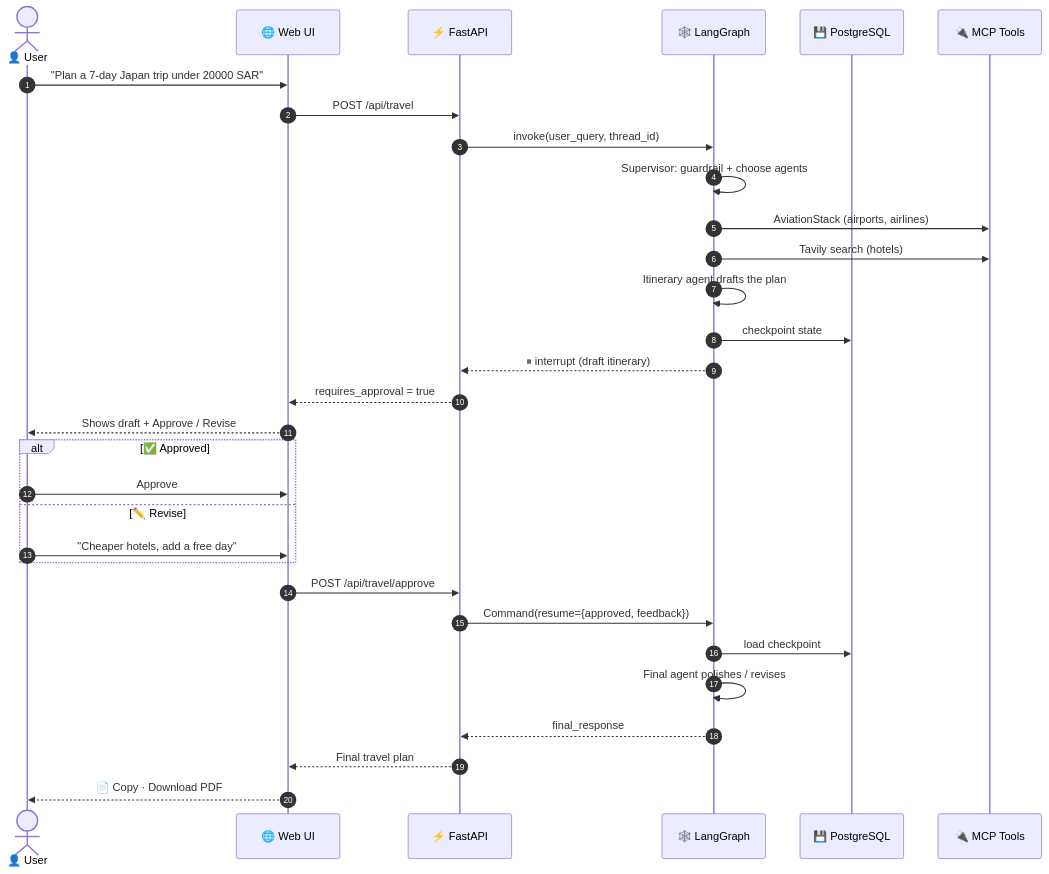
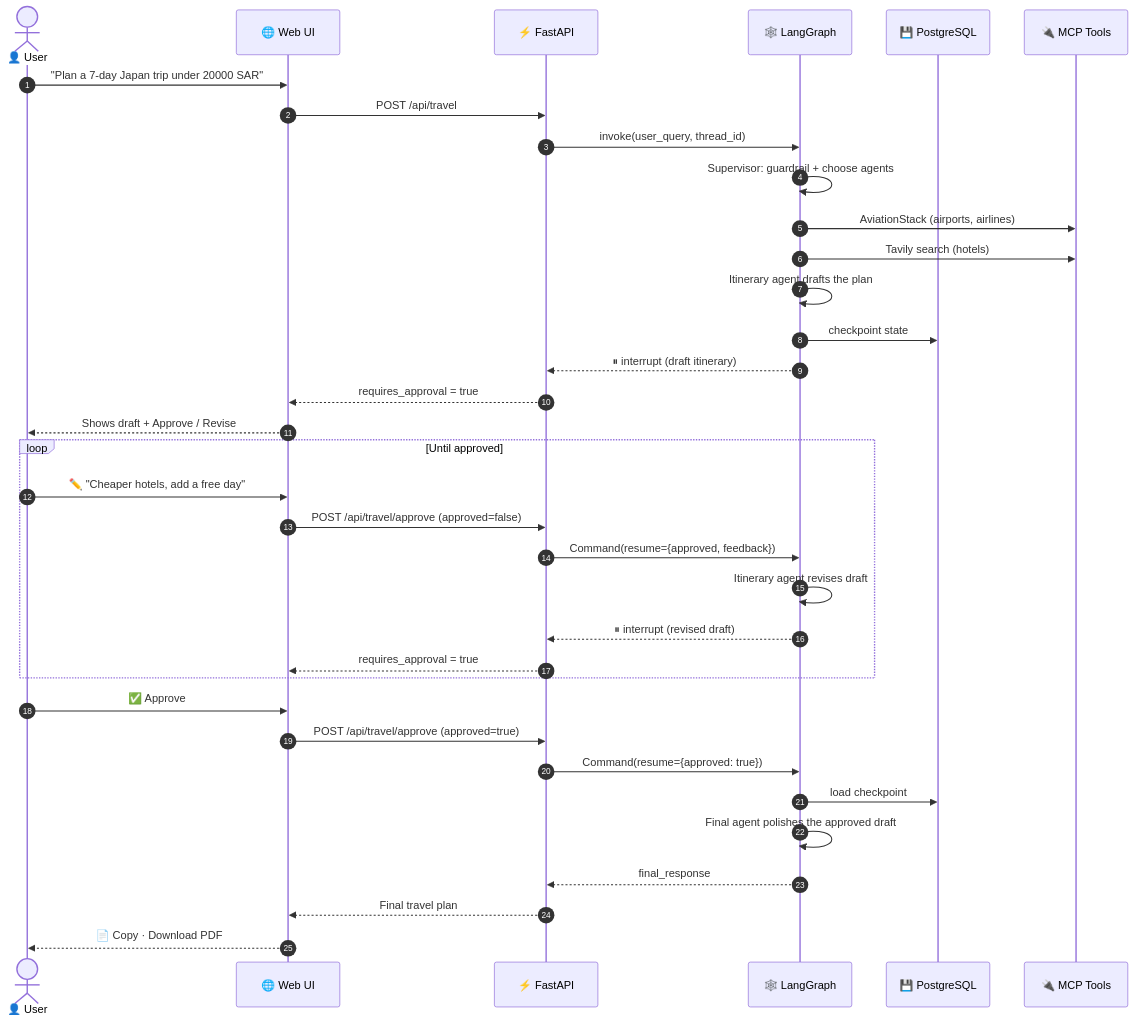
One commit to MuteebMMN/TripeMate-MultiAgent changed the second of 3 diagrams in README.md. Above: the diagram before and after it, drawn with Mermaid. The commit also changed other lines of this file and 3 other files, not shown here.

````diff
--- a/README.md
+++ b/README.md
@@ -103,35 +104,39 @@
 ```mermaid
 sequenceDiagram
     autonumber
     actor U as 👤 User
     participant UI as 🌐 Web UI
     participant API as ⚡ FastAPI
     participant G as 🕸️ LangGraph
     participant DB as 💾 PostgreSQL
     participant MCP as 🔌 MCP Tools
 
     U->>UI: "Plan a 7-day Japan trip under 20000 SAR"
     UI->>API: POST /api/travel
     API->>G: invoke(user_query, thread_id)
     G->>G: Supervisor: guardrail + choose agents
     G->>MCP: AviationStack (airports, airlines)
     G->>MCP: Tavily search (hotels)
     G->>G: Itinerary agent drafts the plan
     G->>DB: checkpoint state
     G-->>API: ⏸ interrupt (draft itinerary)
     API-->>UI: requires_approval = true
     UI-->>U: Shows draft + Approve / Revise
 
-    alt ✅ Approved
-        U->>UI: Approve
-    else ✏️ Revise
-        U->>UI: "Cheaper hotels, add a free day"
+    loop Until approved
+        U->>UI: ✏️ "Cheaper hotels, add a free day"
+        UI->>API: POST /api/travel/approve (approved=false)
+        API->>G: Command(resume={approved, feedback})
+        G->>G: Itinerary agent revises draft
+        G-->>API: ⏸ interrupt (revised draft)
+        API-->>UI: requires_approval = true
     end
-    UI->>API: POST /api/travel/approve
-    API->>G: Command(resume={approved, feedback})
+    U->>UI: ✅ Approve
+    UI->>API: POST /api/travel/approve (approved=true)
+    API->>G: Command(resume={approved: true})
     G->>DB: load checkpoint
-    G->>G: Final agent polishes / revises
+    G->>G: Final agent polishes the approved draft
     G-->>API: final_response
     API-->>UI: Final travel plan
     UI-->>U: 📄 Copy · Download PDF
 ```
````
